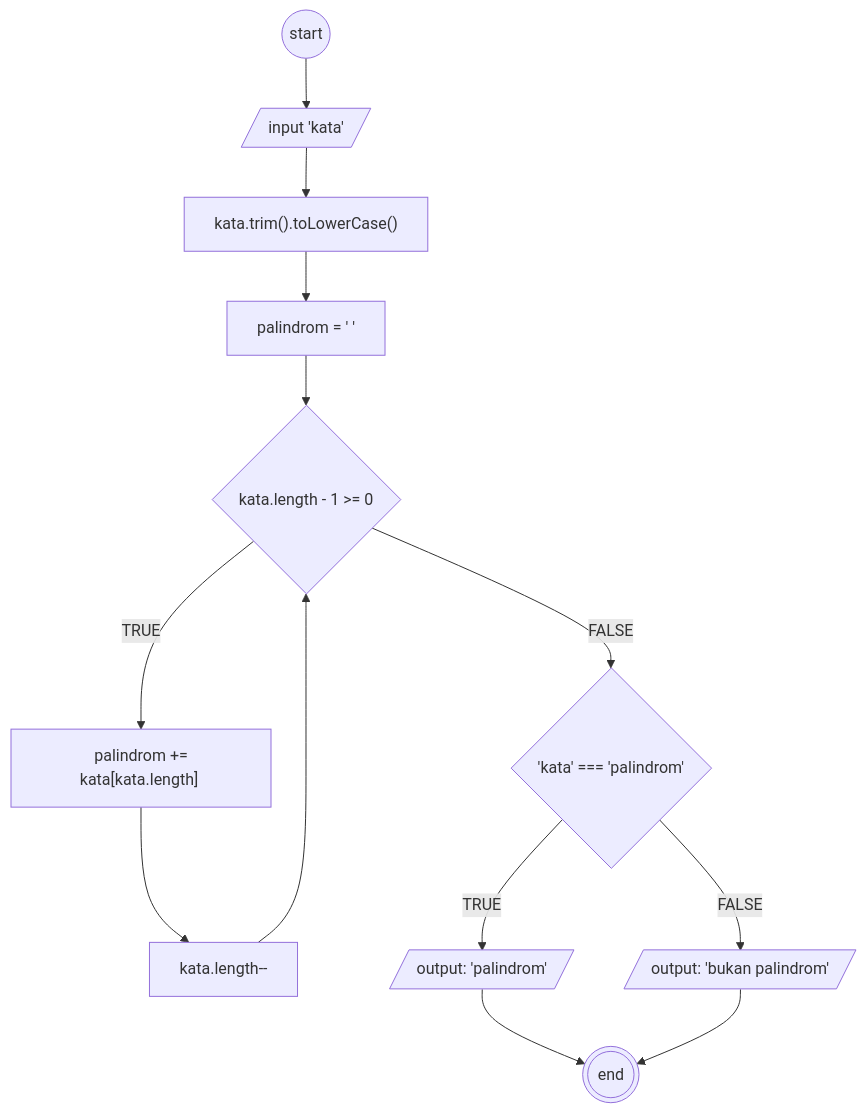
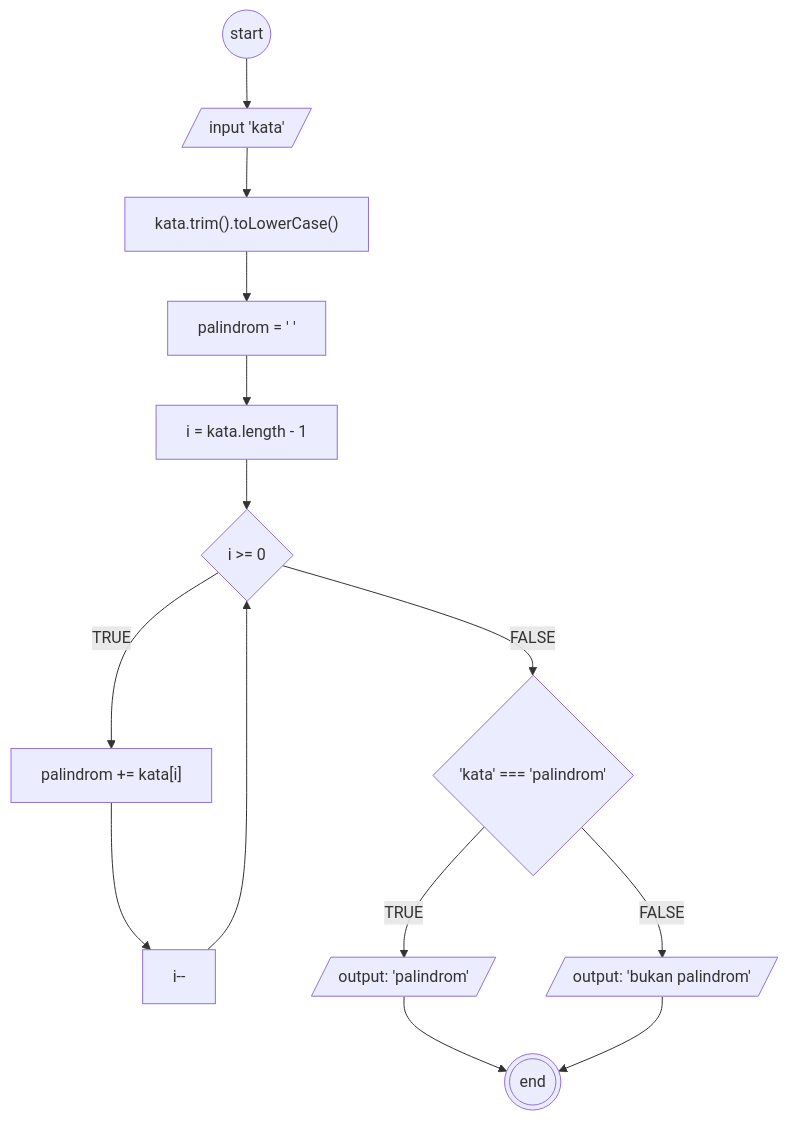
One commit to VsalCode/fgo24-weeklytask1 changed the first of 2 diagrams in algoritma.md. Above: the diagram before and after it, drawn with Mermaid.

````diff
--- a/algoritma.md
+++ b/algoritma.md
@@ -17,30 +17,32 @@
 ```mermaid
 
 flowchart TD
 
     a@{shape: circ, label: "start" }
     teks@{shape: lean-r, label: "input 'kata'" }
     lowerCase@{shape: rectangle, label: " kata.trim().toLowerCase() "}
     palindrom@{shape: rectangle, label: " palindrom = ' ' "}
-    loop@{shape: diamond, label: "  kata.length - 1 >= 0 "}
-    loop2@{shape: rectangle, label: " palindrom += kata[kata.length] "}
-    decrement@{shape: rectangle, label: " kata.length-- "}
+inisial@{shape: rectangle, label: " i = kata.length - 1 "}
+    loop@{shape: diamond, label: " i >= 0 "}
+    loop2@{shape: rectangle, label: " palindrom += kata[i] "}
+    decrement@{shape: rectangle, label: " i-- "}
     banding@{shape: diamond, label: " 'kata' === 'palindrom' "}
     output1@{shape: lean-r, label: "output: 'palindrom'" }
     output2@{shape: lean-r, label: "output: 'bukan palindrom'" }
     x@{shape: dbl-circ, label: "end" }
 
     a --> teks
     teks --> lowerCase
     lowerCase --> palindrom 
-    palindrom --> loop
+    palindrom --> inisial
+    inisial --> loop
     loop -- TRUE --> loop2
     loop2 --> decrement
     decrement --> loop
     loop -- FALSE --> banding
     banding -- TRUE --> output1   
     banding -- FALSE --> output2   
     output1 --> x
     output2 --> x
 
 ```
````
